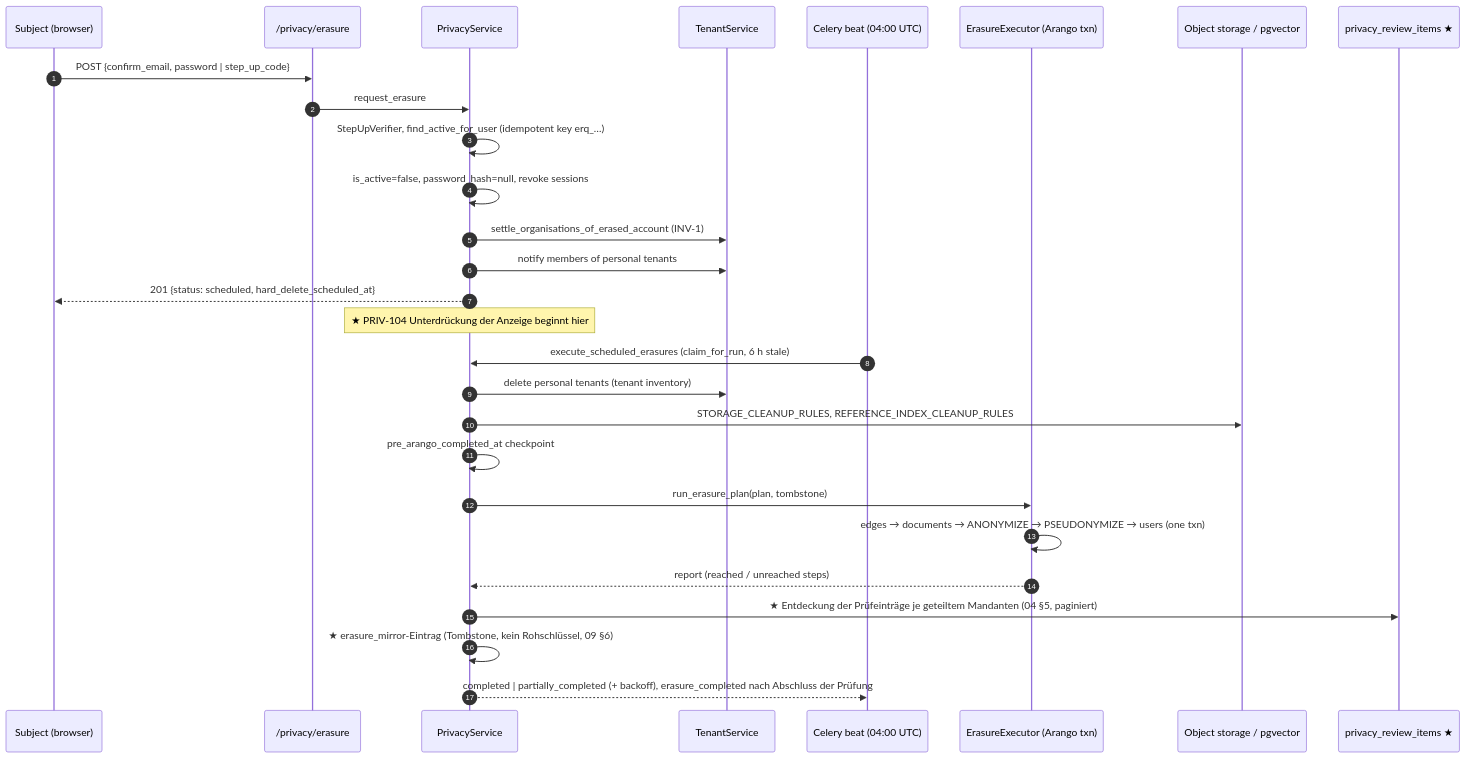
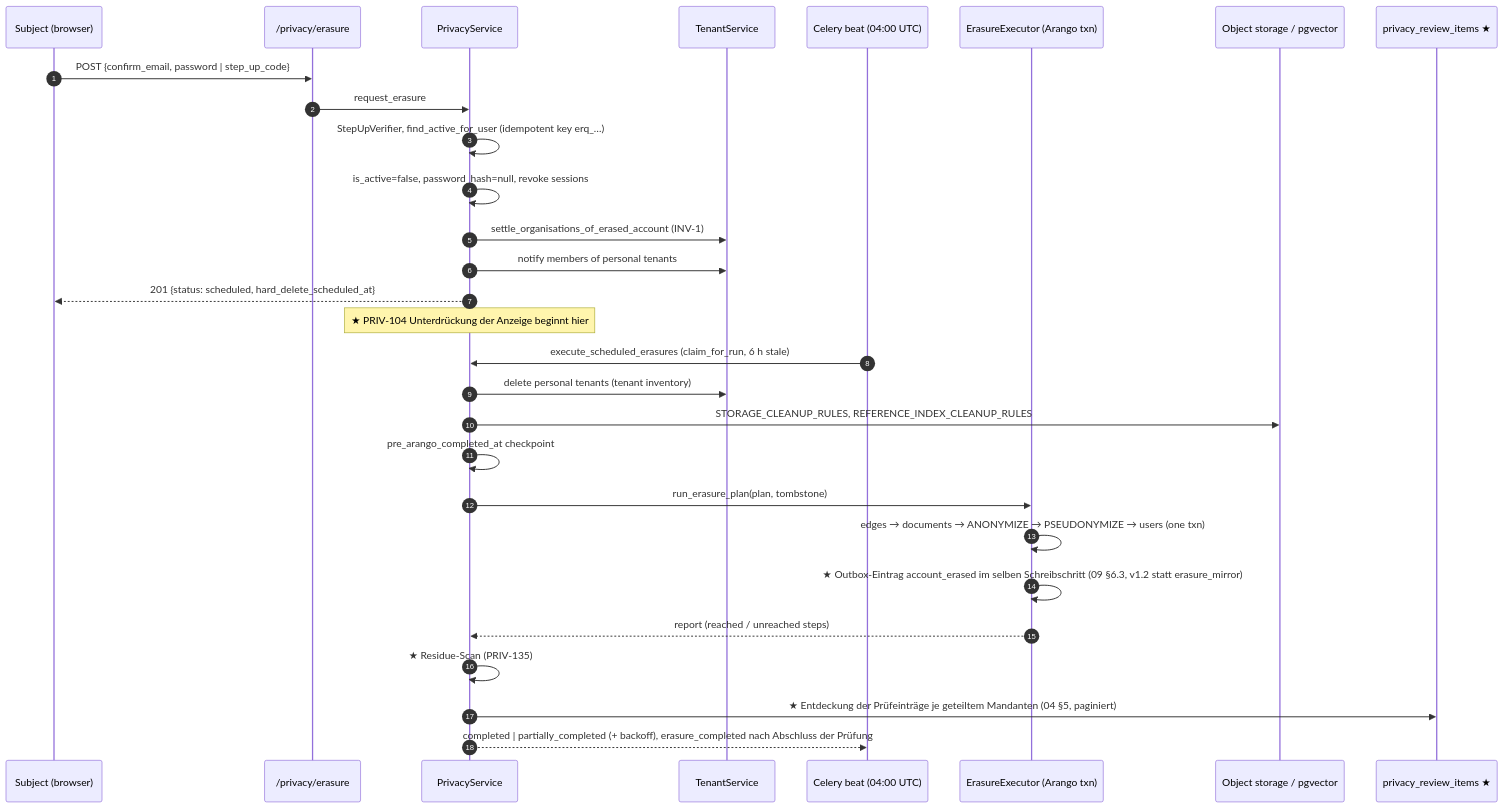
One commit to nolte/kamerplanter changed the second of 4 diagrams in spec/privacy/01-privacy-architecture.md. Above: the diagram before and after it, drawn with Mermaid. The commit also changed other lines of this file and 16 other files, not shown here.

````diff
--- a/spec/privacy/01-privacy-architecture.md
+++ b/spec/privacy/01-privacy-architecture.md
@@ -346,31 +771,32 @@
 ```mermaid
 sequenceDiagram
     autonumber
     participant U as Subject (browser)
     participant API as /privacy/erasure
     participant PS as PrivacyService
     participant TS as TenantService
     participant Q as Celery beat (04:00 UTC)
     participant EX as ErasureExecutor (Arango txn)
     participant ST as Object storage / pgvector
     participant RQ as privacy_review_items ★
 
     U->>API: POST {confirm_email, password | step_up_code}
     API->>PS: request_erasure
     PS->>PS: StepUpVerifier, find_active_for_user (idempotent key erq_…)
     PS->>PS: is_active=false, password_hash=null, revoke sessions
     PS->>TS: settle_organisations_of_erased_account (INV-1)
     PS->>TS: notify members of personal tenants
     PS-->>U: 201 {status: scheduled, hard_delete_scheduled_at}
     Note over PS: ★ PRIV-104 Unterdrückung der Anzeige beginnt hier
     Q->>PS: execute_scheduled_erasures (claim_for_run, 6 h stale)
     PS->>TS: delete personal tenants (tenant inventory)
     PS->>ST: STORAGE_CLEANUP_RULES, REFERENCE_INDEX_CLEANUP_RULES
     PS->>PS: pre_arango_completed_at checkpoint
     PS->>EX: run_erasure_plan(plan, tombstone)
     EX->>EX: edges → documents → ANONYMIZE → PSEUDONYMIZE → users (one txn)
+    EX->>EX: ★ Outbox-Eintrag account_erased im selben Schreibschritt (09 §6.3, v1.2 statt erasure_mirror)
     EX-->>PS: report (reached / unreached steps)
+    PS->>PS: ★ Residue-Scan (PRIV-135)
     PS->>RQ: ★ Entdeckung der Prüfeinträge je geteiltem Mandanten (04 §5, paginiert)
-    PS->>PS: ★ erasure_mirror-Eintrag (Tombstone, kein Rohschlüssel, 09 §6)
     PS-->>Q: completed | partially_completed (+ backoff), erasure_completed nach Abschluss der Prüfung
 ```
````
